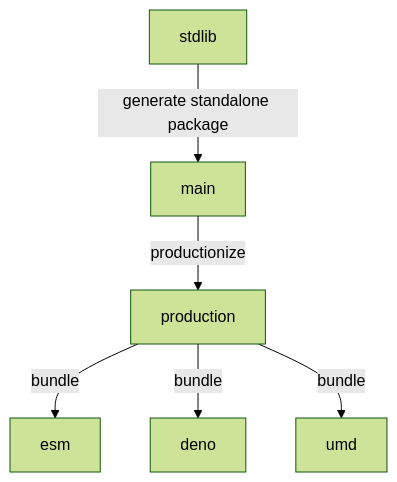
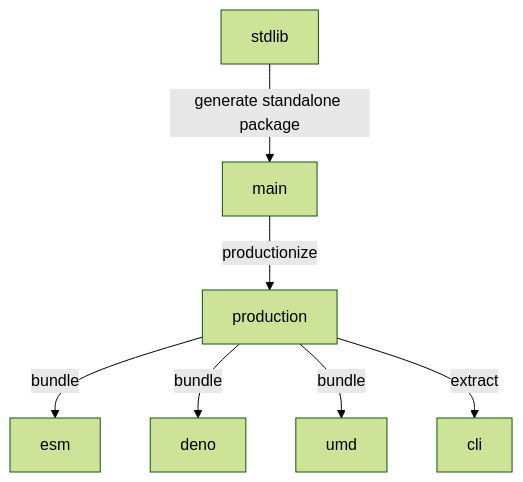
The diagram in branches.md (stdlib-js/random-streams-hypergeometric), drawn with Mermaid (forest theme) before and after one commit. The commit also changed other lines of this file and 11 other files, not shown here.

````diff
--- a/branches.md
+++ b/branches.md
@@ -33,15 +34,17 @@
 ```mermaid
 graph TD;
 A[stdlib]-->|generate standalone package|B;
 B[main] -->|productionize| C[production];
 C -->|bundle| D[esm];
 C -->|bundle| E[deno];
 C -->|bundle| F[umd];
+C -->|extract| G[cli];
 
-click A href "https://github.com/stdlib-js/stdlib/tree/develop/lib/node_modules/%40stdlib/random/streams/hypergeometric"
-click B href "https://github.com/stdlib-js/random-streams-hypergeometric/tree/main"
-click C href "https://github.com/stdlib-js/random-streams-hypergeometric/tree/production"
-click D href "https://github.com/stdlib-js/random-streams-hypergeometric/tree/esm"
-click E href "https://github.com/stdlib-js/random-streams-hypergeometric/tree/deno"
-click F href "https://github.com/stdlib-js/random-streams-hypergeometric/tree/umd"
+%% click A href "https://github.com/stdlib-js/stdlib/tree/develop/lib/node_modules/%40stdlib/random/streams/hypergeometric"
+%% click B href "https://github.com/stdlib-js/random-streams-hypergeometric/tree/main"
+%% click C href "https://github.com/stdlib-js/random-streams-hypergeometric/tree/production"
+%% click D href "https://github.com/stdlib-js/random-streams-hypergeometric/tree/esm"
+%% click E href "https://github.com/stdlib-js/random-streams-hypergeometric/tree/deno"
+%% click F href "https://github.com/stdlib-js/random-streams-hypergeometric/tree/umd"
+%% click G href "https://github.com/stdlib-js/random-streams-hypergeometric/tree/cli"
 ```
````
